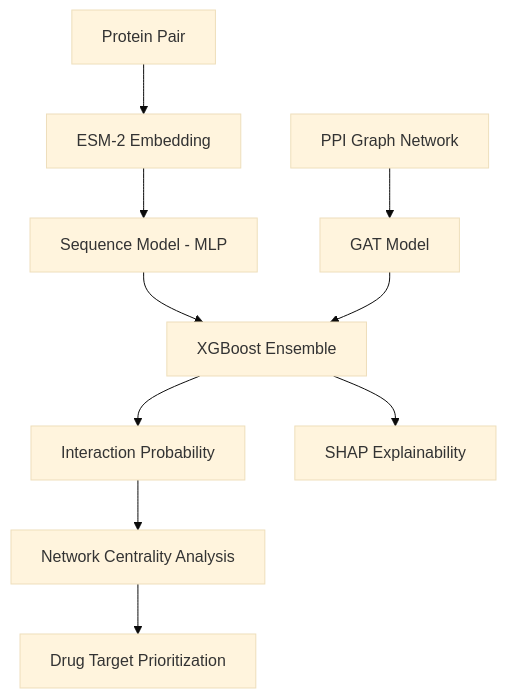
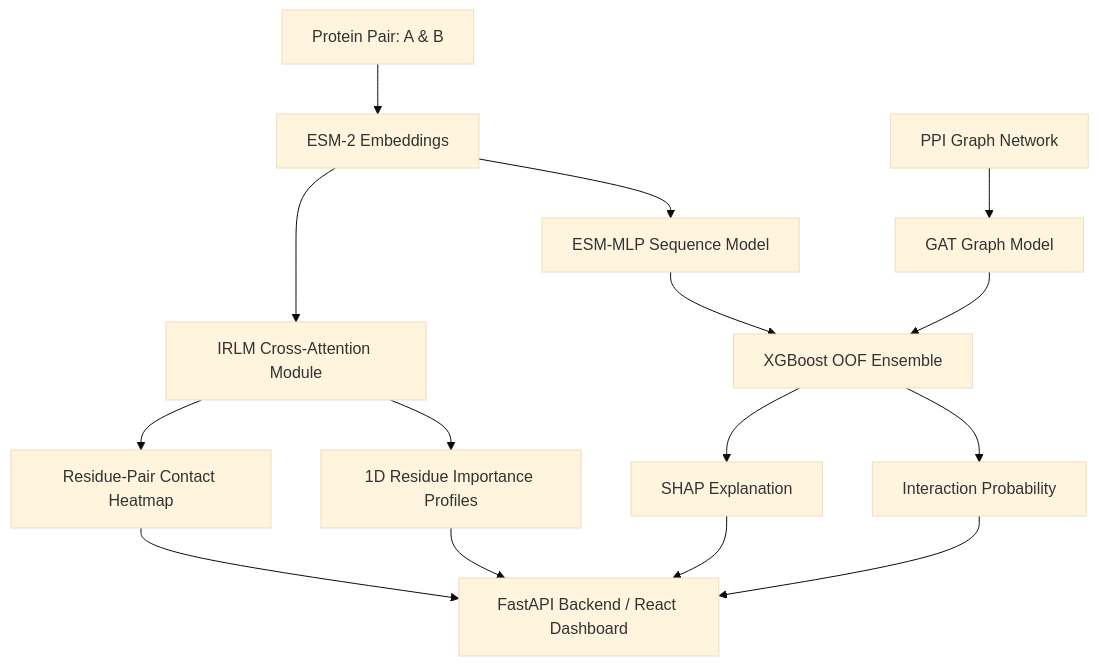
The diagram in README.md (AshShenoy14/Majorproject), drawn with Mermaid (base theme) before and after one commit. The commit also changed other lines of this file, not shown here.

````diff
--- a/README.md
+++ b/README.md
@@ -45,16 +37,22 @@
 ```mermaid
 graph TD
-    A[Protein Pair] --> B[ESM-2 Embedding]
-    B --> C[Sequence Model - MLP]
+    A[Protein Pair: A & B] --> B[ESM-2 Embeddings]
+    B --> C[ESM-MLP Sequence Model]
 
-    D[PPI Graph Network] --> E[GAT Model]
+    D[PPI Graph Network] --> E[GAT Graph Model]
 
-    C --> F[XGBoost Ensemble]
+    C --> F[XGBoost OOF Ensemble]
     E --> F
 
     F --> G[Interaction Probability]
-    F --> H[SHAP Explainability]
+    F --> H[SHAP Explanation]
 
-    G --> I[Network Centrality Analysis]
-    I --> J[Drug Target Prioritization]
+    B --> I[IRLM Cross-Attention Module]
+    I --> J[1D Residue Importance Profiles]
+    I --> K[Residue-Pair Contact Heatmap]
+
+    G --> L[FastAPI Backend / React Dashboard]
+    H --> L
+    J --> L
+    K --> L
 ```
````
